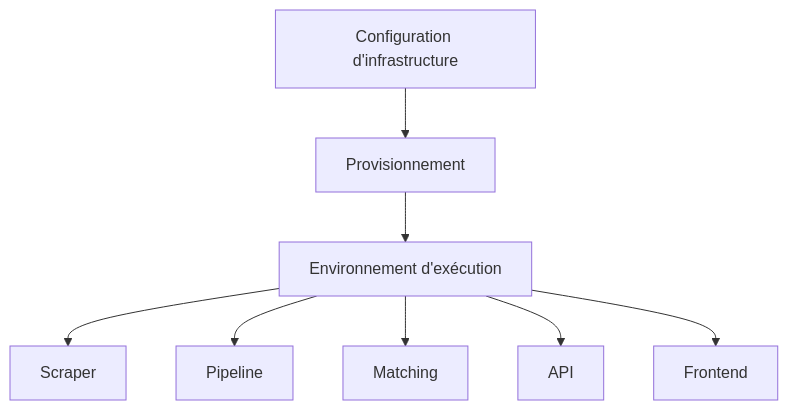
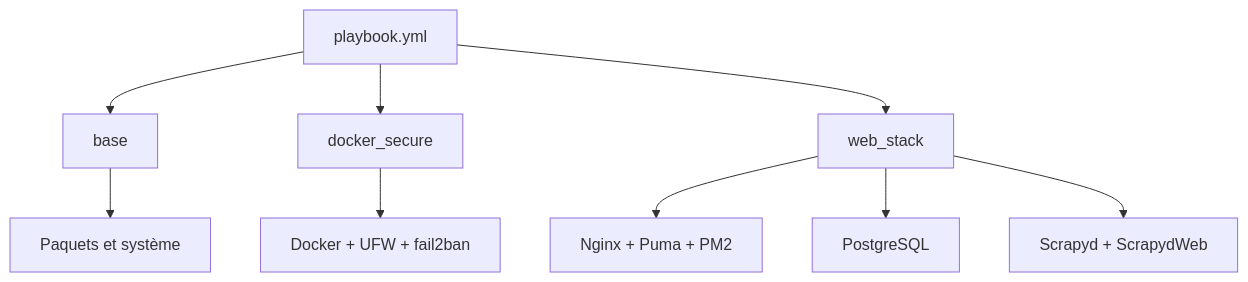
The diagram in infra/README.md (darkslategrey/vapalape-public), drawn with Mermaid before and after one commit. The commit also changed other lines of this file and 6 other files, not shown here.

````diff
--- a/infra/README.md
+++ b/infra/README.md
@@ -16,10 +36,11 @@
 ```mermaid
 flowchart TB
-    C[Configuration d'infrastructure] --> P[Provisionnement]
-    P --> E[Environnement d'exécution]
-    E --> S[Scraper]
-    E --> T[Pipeline]
-    E --> M[Matching]
-    E --> A[API]
-    E --> F[Frontend]
+    P[playbook.yml] --> B[base]
+    P --> D[docker_secure]
+    P --> W[web_stack]
+    B --> OS[Paquets et système]
+    D --> SEC[Docker + UFW + fail2ban]
+    W --> WEB[Nginx + Puma + PM2]
+    W --> DATA[PostgreSQL]
+    W --> SCRAP[Scrapyd + ScrapydWeb]
 ```
````
